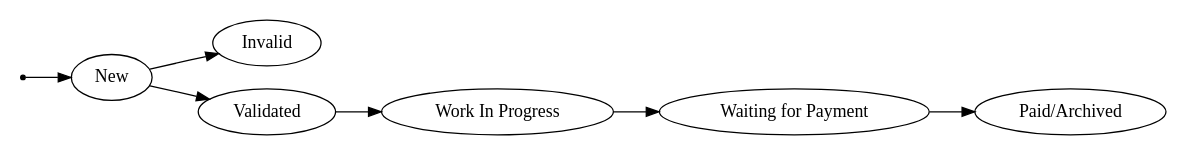
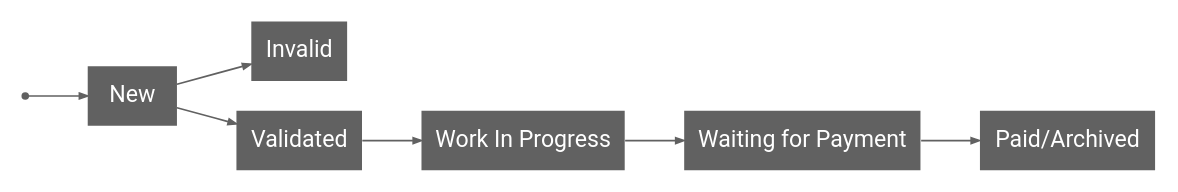
The diagram in states.gv (TimoFreiberg/typestate-post), drawn with Graphviz before and after one commit. The commit also changed 1 other file, not shown here.

Commit message:
Improve graph design

```diff
--- a/states.gv
+++ b/states.gv
@@ -1,14 +1,22 @@
 digraph G {
     rankdir="LR"
     size="8"
     
-    node [shape = point]; init;
+    edge [arrowsize=0.5,
+            color="#616161"
+            ]
+    node [shape = point,
+            color="#616161"]; init;
 
-    node [shape = ellipse];
+    node [shape = rectangle,
+            fontname="Roboto",
+            style="filled,setlinewidth(0)",
+            fillcolor="#616161",
+            fontcolor=white];
     init -> New;
     New -> Invalid
     New -> Validated 
         -> "Work In Progress" 
-        -> "Waiting for Payment" 
+        -> "Waiting for Payment"
         -> "Paid/Archived"
 }
```
